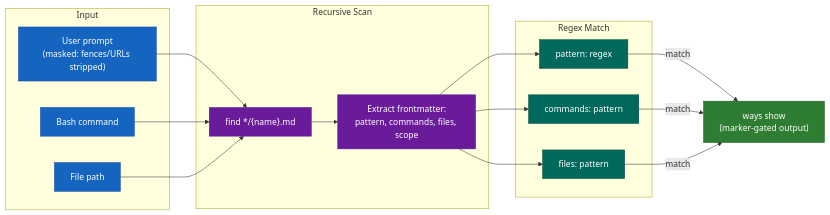
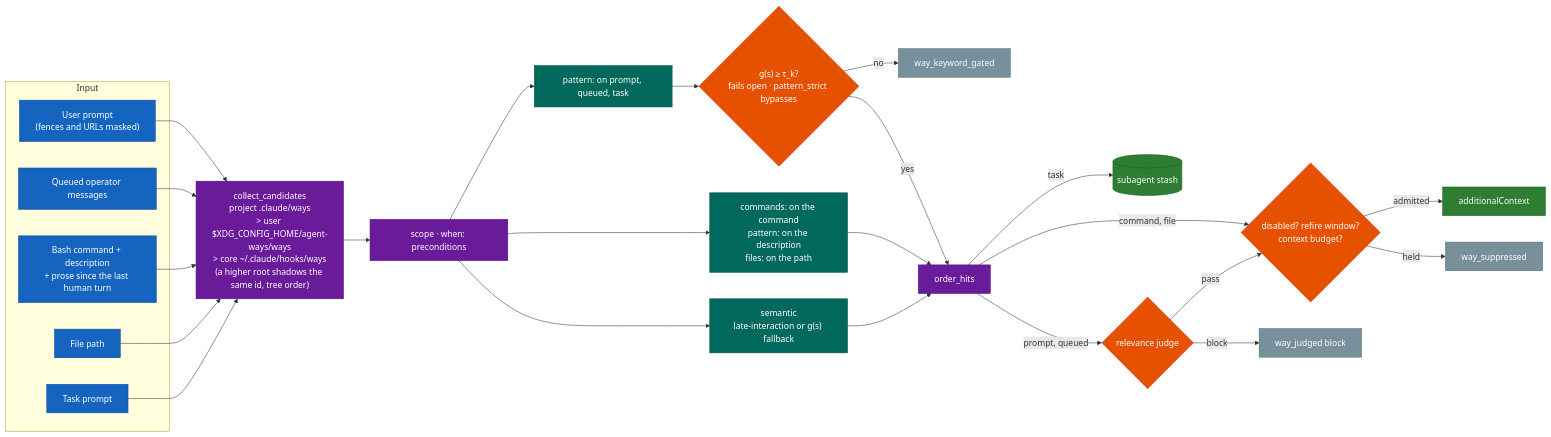
One commit to aaronsb/agent-ways changed the seventh of 13 diagrams in docs/architecture.md. Above: the diagram before and after it, drawn with Mermaid. The commit also changed other lines of this file and 7 other files, not shown here.

First line of the commit message:
docs(architecture): redraw the ways pipeline for the judge, late-interaction and per-agent state

````diff
--- a/docs/architecture.md
+++ b/docs/architecture.md
@@ -219,37 +306,47 @@
 ```mermaid
 flowchart LR
     classDef input fill:#1565C0,stroke:#0D47A1,color:#fff
     classDef scan fill:#6A1B9A,stroke:#4A148C,color:#fff
     classDef match fill:#00695C,stroke:#004D40,color:#fff
+    classDef gate fill:#E65100,stroke:#BF360C,color:#fff
     classDef output fill:#2E7D32,stroke:#1B5E20,color:#fff
+    classDef silent fill:#78909C,stroke:#546E7A,color:#fff
 
     subgraph Input
-        Prompt["User prompt<br/>(masked: fences/URLs stripped)"]:::input
-        Cmd["Bash command"]:::input
+        Prompt["User prompt<br/>(fences and URLs masked)"]:::input
+        Queued["Queued operator messages"]:::input
+        Cmd["Bash command + description<br/>+ prose since the last human turn"]:::input
         File["File path"]:::input
+        TaskP["Task prompt"]:::input
     end
 
-    subgraph Scan["Recursive Scan"]
-        Find["find */{name}.md"]:::scan
-        Extract["Extract frontmatter:<br/>pattern, commands, files, scope"]:::scan
-    end
+    Cand["collect_candidates<br/>project .claude/ways<br/>> user $XDG_CONFIG_HOME/agent-ways/ways<br/>> core ~/.claude/hooks/ways<br/>(a higher root shadows the same id, tree order)"]:::scan
+    Pre["scope · when: preconditions"]:::scan
 
-    subgraph Match["Regex Match"]
-        KW["pattern: regex"]:::match
-        CM["commands: pattern"]:::match
-        FL["files: pattern"]:::match
-    end
+    Prompt --> Cand
+    Queued --> Cand
+    Cmd --> Cand
+    File --> Cand
+    TaskP --> Cand
+    Cand --> Pre
 
-    Prompt --> Find
-    Cmd --> Find
-    File --> Find
+    Pre --> KW["pattern: on prompt, queued, task"]:::match
+    Pre --> DIR["commands: on the command<br/>pattern: on the description<br/>files: on the path"]:::match
+    Pre --> SEM["semantic<br/>late-interaction or g(s) fallback"]:::match
 
-    Find --> Extract
-    Extract --> KW
-    Extract --> CM
-    Extract --> FL
+    KW --> Floor{"g(s) ≥ τ_k?<br/>fails open · pattern_strict bypasses"}:::gate
+    Floor -->|no| KG["way_keyword_gated"]:::silent
+    Floor -->|yes| Hits
+    DIR --> Hits
+    SEM --> Hits
 
-    KW -->|match| Out["ways show<br/>(marker-gated output)"]:::output
-    CM -->|match| Out
-    FL -->|match| Out
+    Hits["order_hits"]:::scan
+    Hits -->|task| Stash[("subagent stash")]:::output
+    Hits -->|prompt, queued| Judge{"relevance judge"}:::gate
+    Hits -->|command, file| Show
+    Judge -->|pass| Show
+    Judge -->|block| JB["way_judged block"]:::silent
+    Show{"disabled? refire window?<br/>context budget?"}:::gate
+    Show -->|admitted| Out["additionalContext"]:::output
+    Show -->|held| WS["way_suppressed"]:::silent
 ```
````
